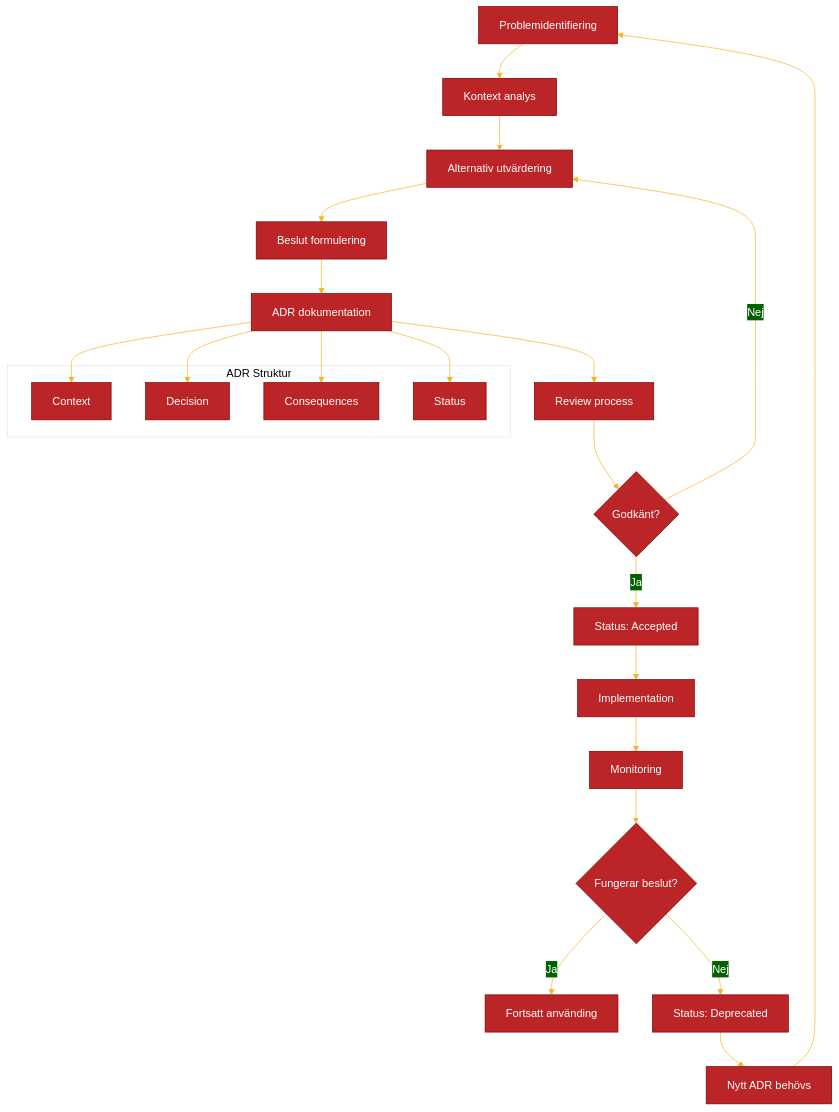
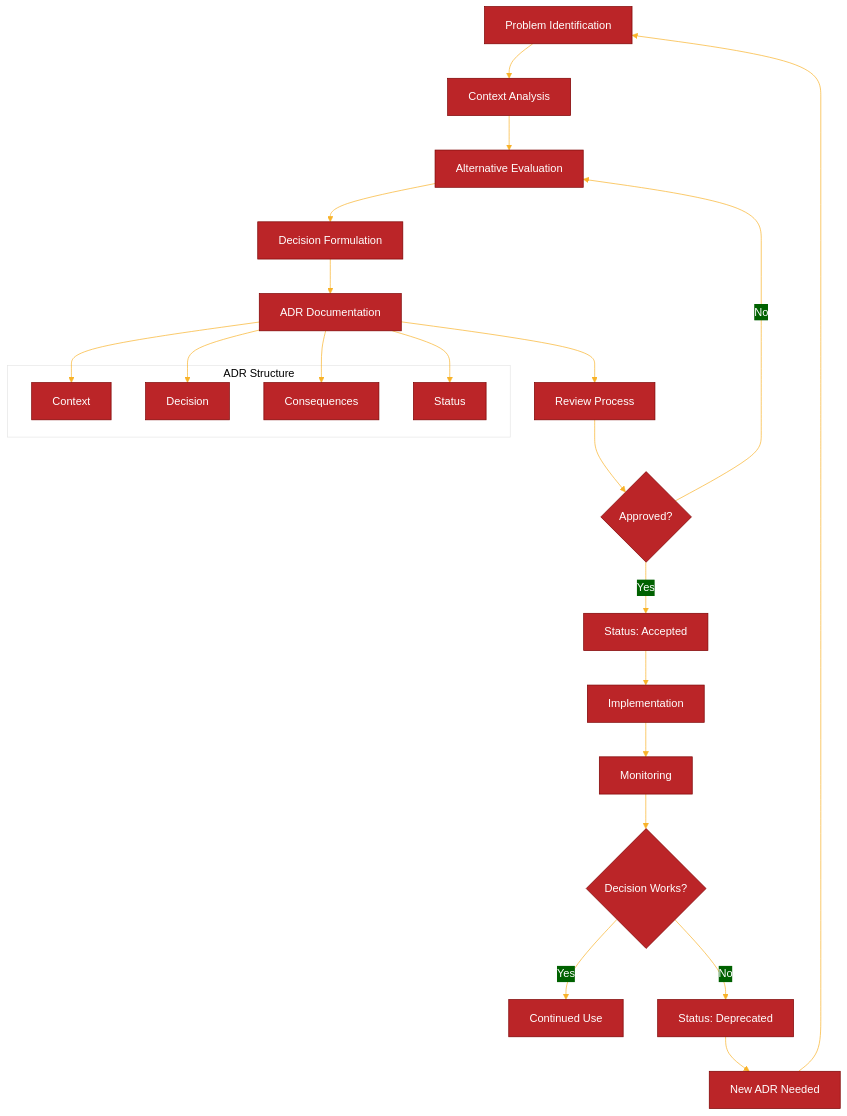
Before and after one commit to Geonitab/architecture_as_code: the diagram in docs/images/diagram_04_adr_kapitel.mmd, drawn with Mermaid. The commit also changed 7 other files, not shown here.

Commit message:
Translate 8 Mermaid diagram files from Swedish to English

```diff
--- a/docs/images/diagram_04_adr_kapitel.mmd
+++ b/docs/images/diagram_04_adr_kapitel.mmd
@@ -1,39 +1,39 @@
 ---
 config:
   theme: 'base'
   themeVariables:
     primaryColor: '#BB2528'
     primaryTextColor: '#fff'
     primaryBorderColor: '#7C0000'
     lineColor: '#F8B229'
     secondaryColor: '#006100'
     tertiaryColor: '#fff'
 ---
 graph TD
-    A[Problemidentifiering] --> B[Kontext analys]
-    B --> C[Alternativ utvärdering]
-    C --> D[Beslut formulering]
-    D --> E[ADR dokumentation]
-    E --> F[Review process]
-    F --> G{Godkänt?}
-    G -->|Ja| H[Status: Accepted]
-    G -->|Nej| C
+    A[Problem Identification] --> B[Context Analysis]
+    B --> C[Alternative Evaluation]
+    C --> D[Decision Formulation]
+    D --> E[ADR Documentation]
+    E --> F[Review Process]
+    F --> G{Approved?}
+    G -->|Yes| H[Status: Accepted]
+    G -->|No| C
     H --> I[Implementation]
     I --> J[Monitoring]
-    J --> K{Fungerar beslut?}
-    K -->|Ja| L[Fortsatt använding]
-    K -->|Nej| M[Status: Deprecated]
-    M --> N[Nytt ADR behövs]
+    J --> K{Decision Works?}
+    K -->|Yes| L[Continued Use]
+    K -->|No| M[Status: Deprecated]
+    M --> N[New ADR Needed]
     N --> A
     
-    subgraph "ADR Struktur"
+    subgraph "ADR Structure"
         E1[Context]
         E2[Decision]
         E3[Consequences]
         E4[Status]
     end
     
     E --> E1
     E --> E2
     E --> E3
     E --> E4
```
